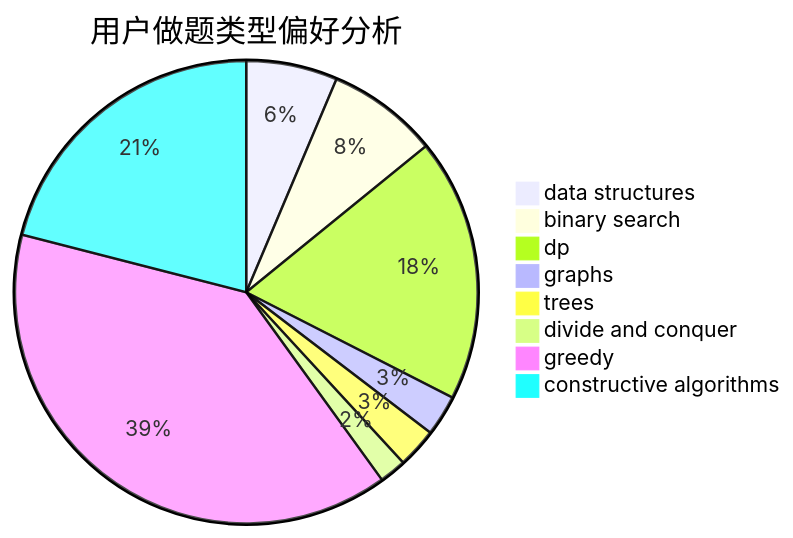
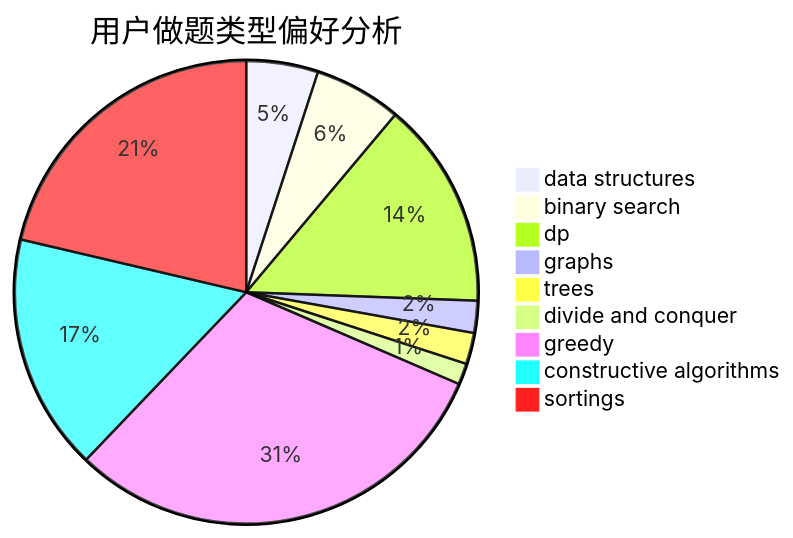
The second of 3 diagrams in docs/user/u25.md (sherpahu/cfrs.github.io), drawn with Mermaid before and after one commit. The commit also changed other lines of this file and 2769 other files, not shown here.

````diff
--- a/docs/user/u25.md
+++ b/docs/user/u25.md
@@ -23,11 +18,12 @@
 ```mermaid
 pie title 用户做题类型偏好分析
     "data structures" :  78
     "binary search" :  95
     "dp" :  225
     "graphs" :  35
     "trees" :  34
     "divide and conquer" :  23
     "greedy" :  477
     "constructive algorithms" :  257
+    "sortings" :  332
 ```
````
